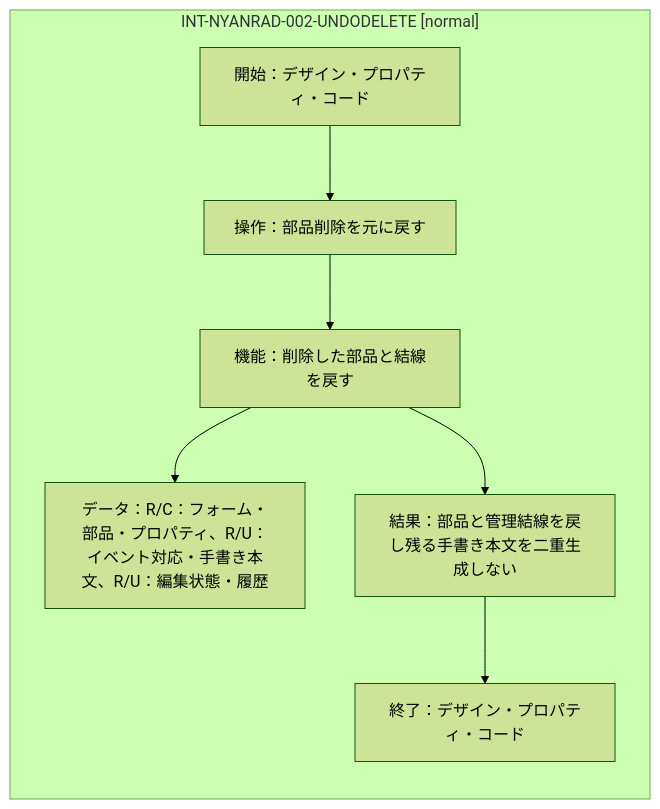
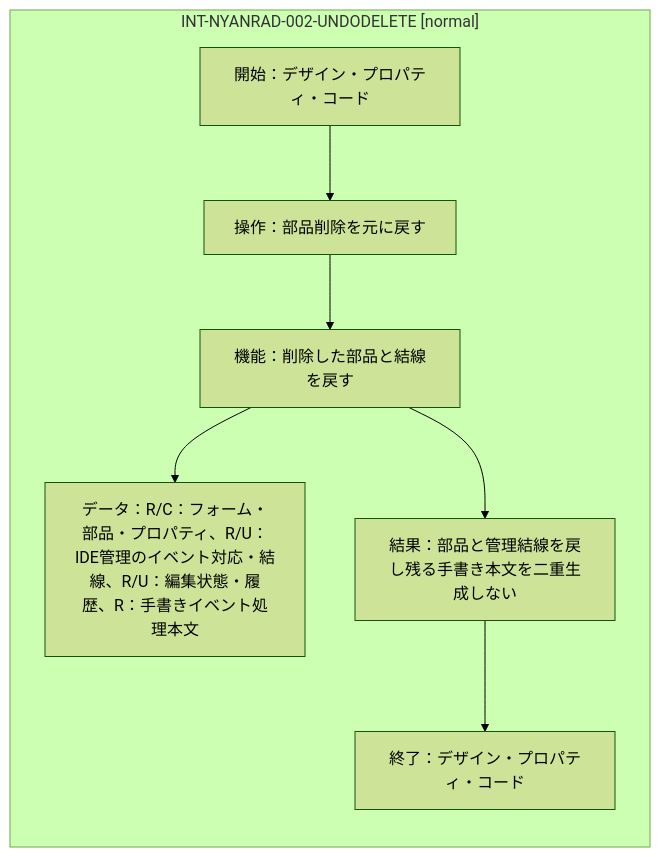
The diagram in planning/ifdam/IFDAM-NYANRAD-002/diagrams/14.mmd (kosaru/NyanRAD), drawn with Mermaid (forest theme) before and after one commit. The commit also changed 37 other files, not shown here.

```diff
--- a/planning/ifdam/IFDAM-NYANRAD-002/diagrams/14.mmd
+++ b/planning/ifdam/IFDAM-NYANRAD-002/diagrams/14.mmd
@@ -1,6 +1,6 @@
 flowchart LR
   subgraph I["INT-NYANRAD-002-UNDODELETE [normal]"]
     U["開始：デザイン・プロパティ・コード"] --> E["操作：部品削除を元に戻す"] --> F["機能：削除した部品と結線を戻す"]
-    F --> D["データ：R/C：フォーム・部品・プロパティ、R/U：イベント対応・手書き本文、R/U：編集状態・履歴"]
+    F --> D["データ：R/C：フォーム・部品・プロパティ、R/U：IDE管理のイベント対応・結線、R/U：編集状態・履歴、R：手書きイベント処理本文"]
     F --> R["結果：部品と管理結線を戻し残る手書き本文を二重生成しない"] --> T["終了：デザイン・プロパティ・コード"]
   end
```
